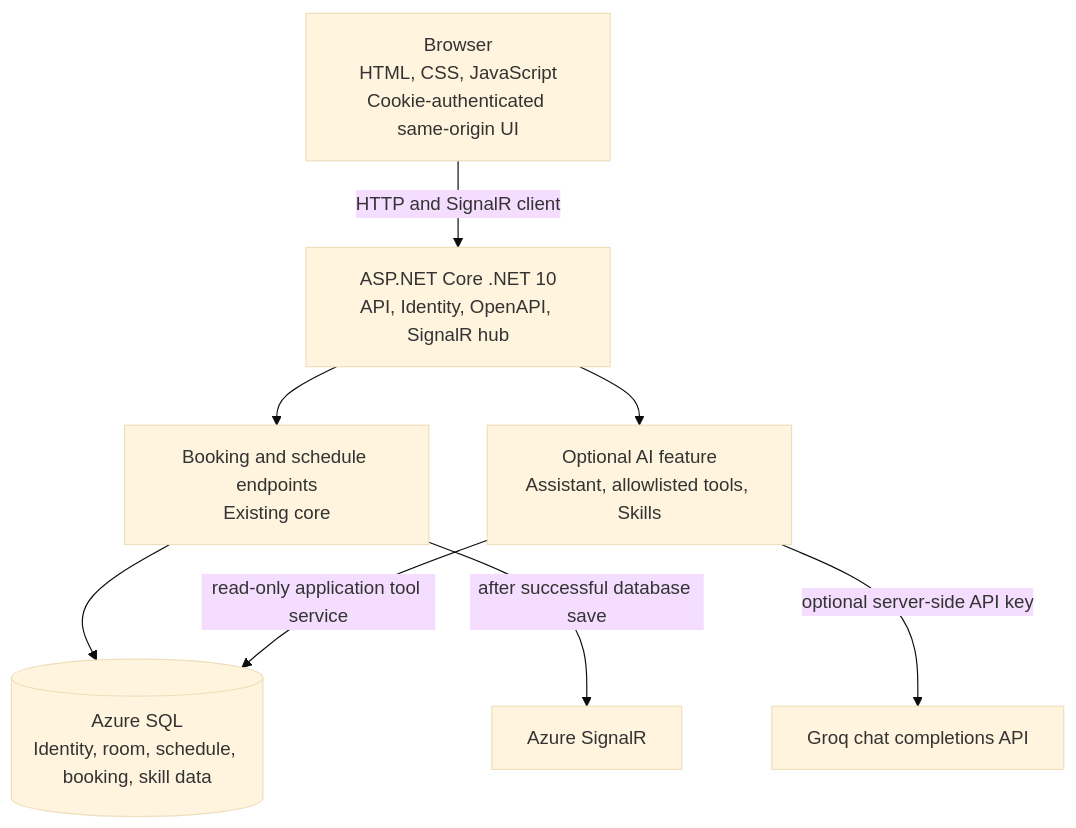
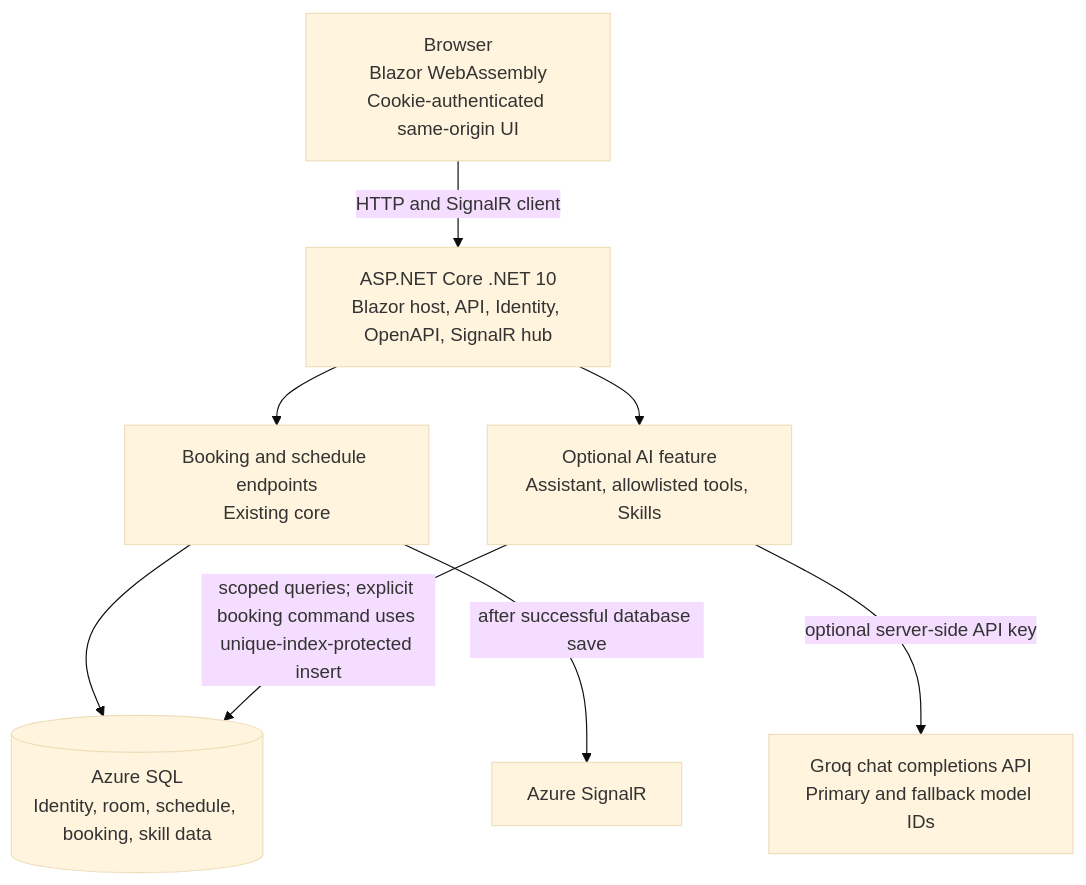
One commit to soewal19/Renbeat_.Net_Autumn_2026 changed the diagram in docs/architecture/c4-container.md. Above: the diagram before and after it, drawn with Mermaid (base theme). The commit also changed other lines of this file and 6 other files, not shown here.

Commit message:
docs: document system operations and C4 architecture

````diff
--- a/docs/architecture/c4-container.md
+++ b/docs/architecture/c4-container.md
@@ -3,17 +3,17 @@
 ```mermaid
 flowchart TB
-    browser[Browser\nHTML, CSS, JavaScript\nCookie-authenticated same-origin UI]
-    web[ASP.NET Core .NET 10\nAPI, Identity, OpenAPI, SignalR hub]
+    browser[Browser\nBlazor WebAssembly\nCookie-authenticated same-origin UI]
+    web[ASP.NET Core .NET 10\nBlazor host, API, Identity, OpenAPI, SignalR hub]
     booking[Booking and schedule endpoints\nExisting core]
     ai[Optional AI feature\nAssistant, allowlisted tools, Skills]
     sql[(Azure SQL\nIdentity, room, schedule, booking, skill data)]
     signalr[Azure SignalR]
-    groq[Groq chat completions API]
+    groq[Groq chat completions API\nPrimary and fallback model IDs]
     browser -->|HTTP and SignalR client| web
     web --> booking
     web --> ai
     booking --> sql
     booking -->|after successful database save| signalr
-    ai -->|read-only application tool service| sql
+    ai -->|scoped queries; explicit booking command uses unique-index-protected insert| sql
     ai -->|optional server-side API key| groq
 ```
````
